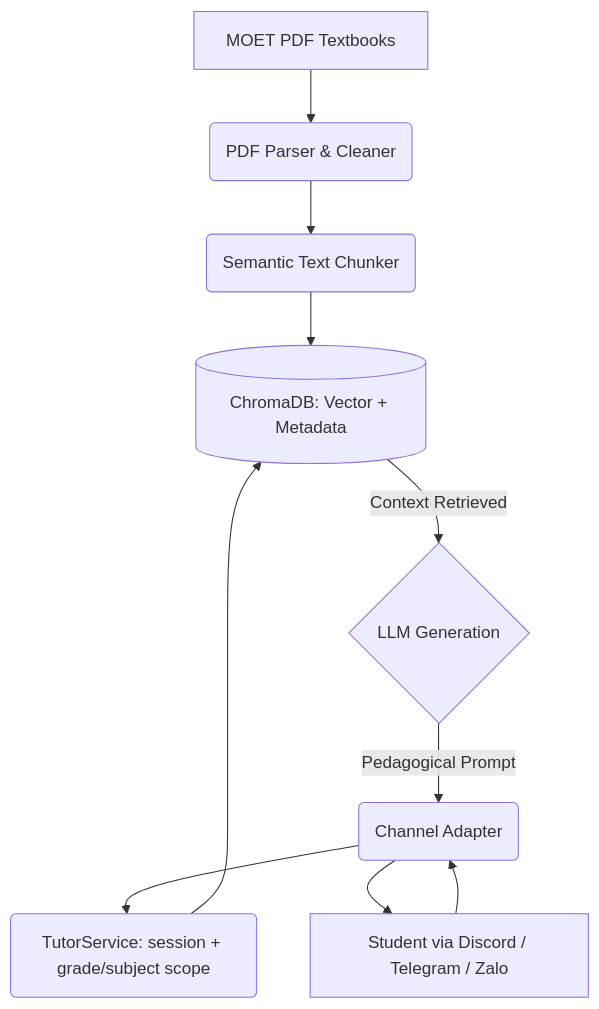
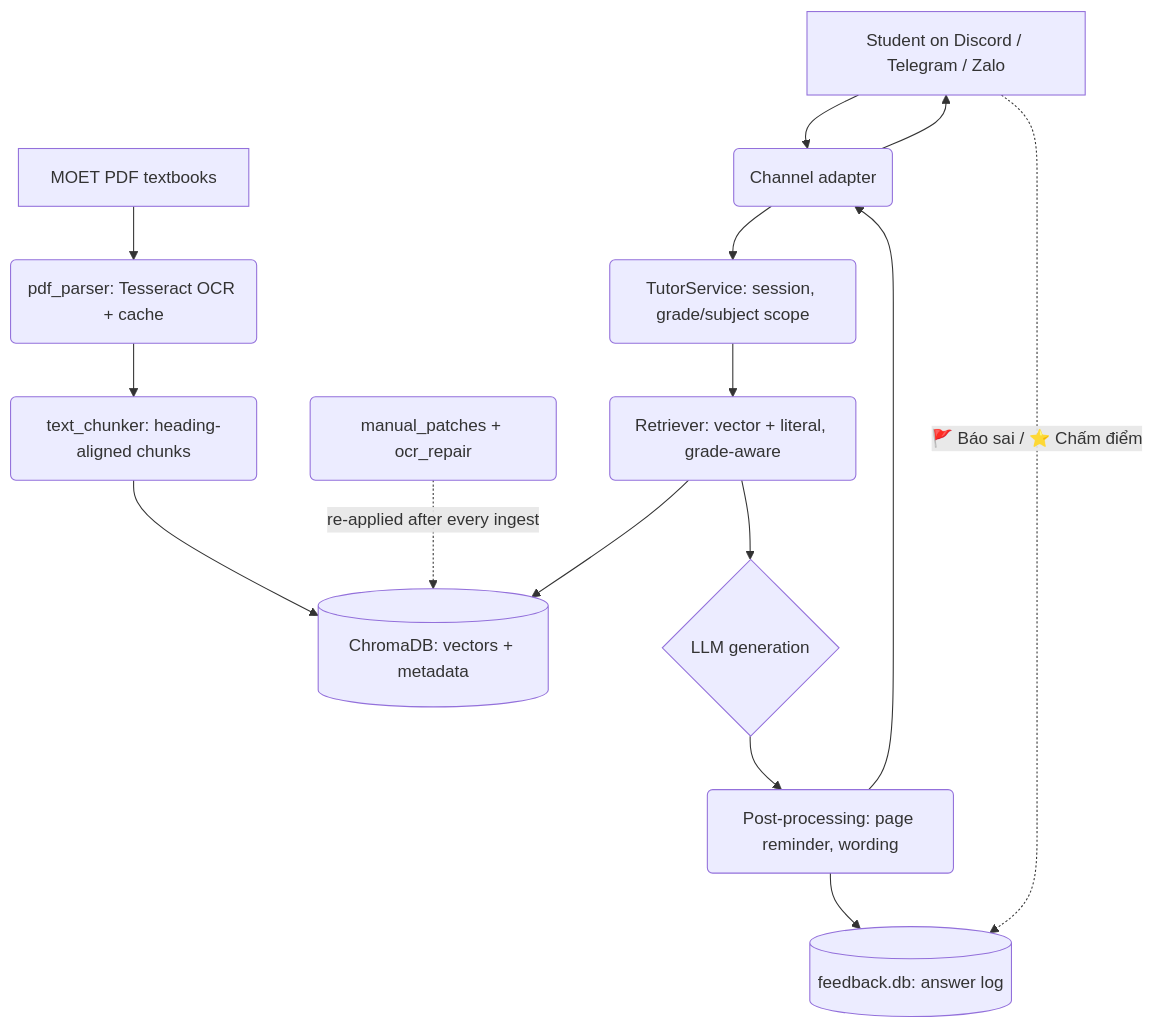
One commit to quannguyencoder/dora_edu changed the diagram in README.md. Above: the diagram before and after it, drawn with Mermaid. The commit also changed other lines of this file and 2 other files, not shown here.

````diff
--- a/README.md
+++ b/README.md
@@ -21,12 +87,17 @@
 ```mermaid
 graph TD;
-    A[MOET PDF Textbooks] --> B(PDF Parser & Cleaner)
-    B --> C(Semantic Text Chunker)
-    C --> D[(ChromaDB: Vector + Metadata)]
-    E[Student via Discord / Telegram / Zalo] --> F(Channel Adapter)
-    F --> G(TutorService: session + grade/subject scope)
-    G --> D
-    D -- Context Retrieved --> H{LLM Generation}
-    H -- "Pedagogical Prompt" --> F
+    A[MOET PDF textbooks] --> B(pdf_parser: Tesseract OCR + cache)
+    B --> C(text_chunker: heading-aligned chunks)
+    C --> D[(ChromaDB: vectors + metadata)]
+    P(manual_patches + ocr_repair) -.re-applied after every ingest.-> D
+    E[Student on Discord / Telegram / Zalo] --> F(Channel adapter)
+    F --> G(TutorService: session, grade/subject scope)
+    G --> H(Retriever: vector + literal, grade-aware)
+    H --> D
+    H --> I{LLM generation}
+    I --> J(Post-processing: page reminder, wording)
+    J --> K[(feedback.db: answer log)]
+    J --> F
     F --> E
+    E -. "🚩 Báo sai / ⭐ Chấm điểm" .-> K
 ```
````
